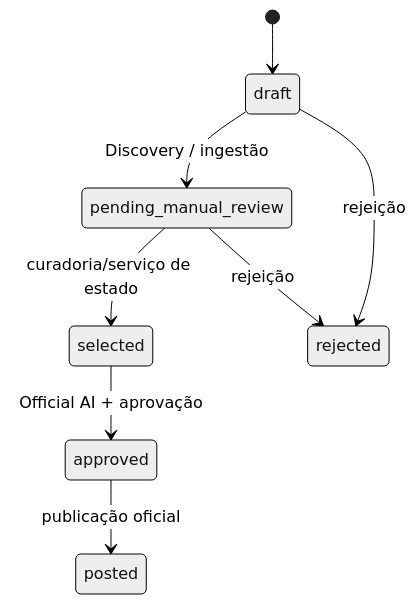
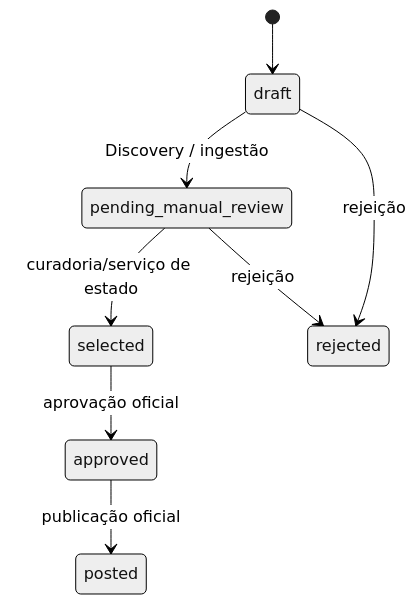
Before and after one commit to Andrejr82/Caca_OfertaOficial: the second of 2 diagrams in docs/architecture-current.md, drawn with Mermaid (neutral theme). The commit also changed other lines of this file, not shown here.

Commit message:
docs: refresh canonical architecture

````diff
--- a/docs/architecture-current.md
+++ b/docs/architecture-current.md
@@ -67,10 +72,10 @@
 ```mermaid
 stateDiagram-v2
   [*] --> draft
   draft --> pending_manual_review: Discovery / ingestão
   pending_manual_review --> selected: curadoria/serviço de estado
-  selected --> approved: Official AI + aprovação
+  selected --> approved: aprovação oficial
   approved --> posted: publicação oficial
   draft --> rejected: rejeição
   pending_manual_review --> rejected: rejeição
 ```
````
